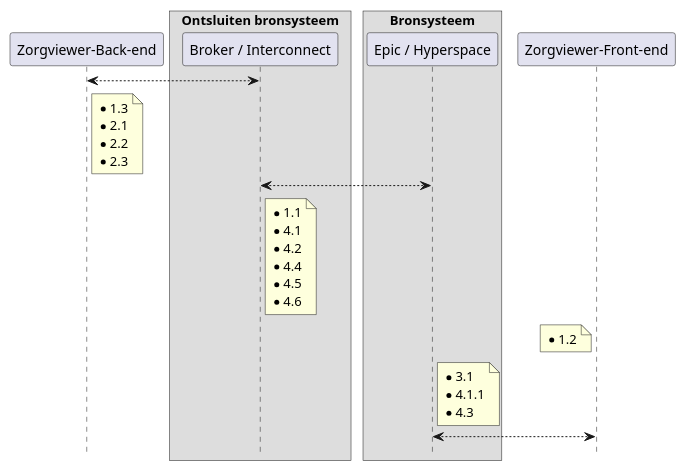
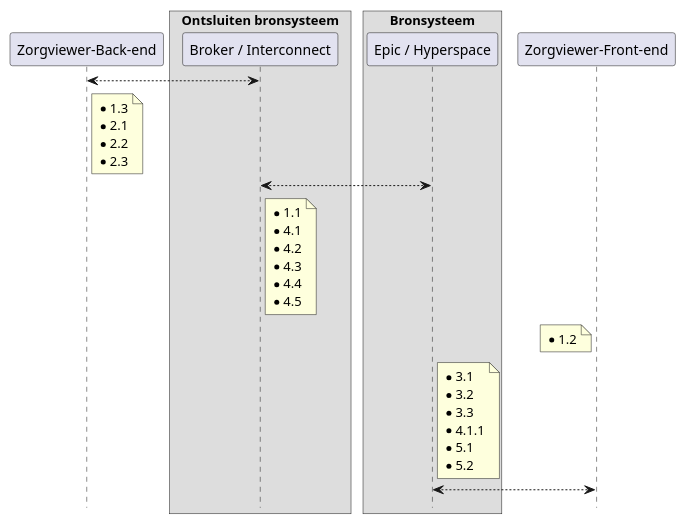
Before and after one commit to RIVO-Noord/zorgviewer-ig: the diagram in input/images-source/Checklist-Epic.plantuml, drawn with PlantUML. The commit also changed 3 other files, not shown here.

```diff
--- a/input/images-source/Checklist-Epic.plantuml
+++ b/input/images-source/Checklist-Epic.plantuml
@@ -1,40 +1,43 @@
 @startuml
 !pragma teoz true
 hide footbox
 
 participant "Zorgviewer-Back-end" as zvbe
 box "Ontsluiten bronsysteem"
 participant "Broker / Interconnect" as broker
 end box
 box "Bronsysteem"
 participant "Epic / Hyperspace" as epic
 end box
 participant "Zorgviewer-Front-end" as zvfe
 
 zvbe <--> broker
 note right zvbe
 * 1.3
 * 2.1
 * 2.2
 * 2.3
 end note
 broker <--> epic
 note right broker
 * 1.1
 * 4.1
 * 4.2
+* 4.3
 * 4.4
 * 4.5
-* 4.6
 end note
 note left zvfe
 * 1.2
 end note
 note right epic
 * 3.1
+* 3.2
+* 3.3
 * 4.1.1
-* 4.3
+* 5.1
+* 5.2
 end note
 epic <--> zvfe
 
 @enduml
```
